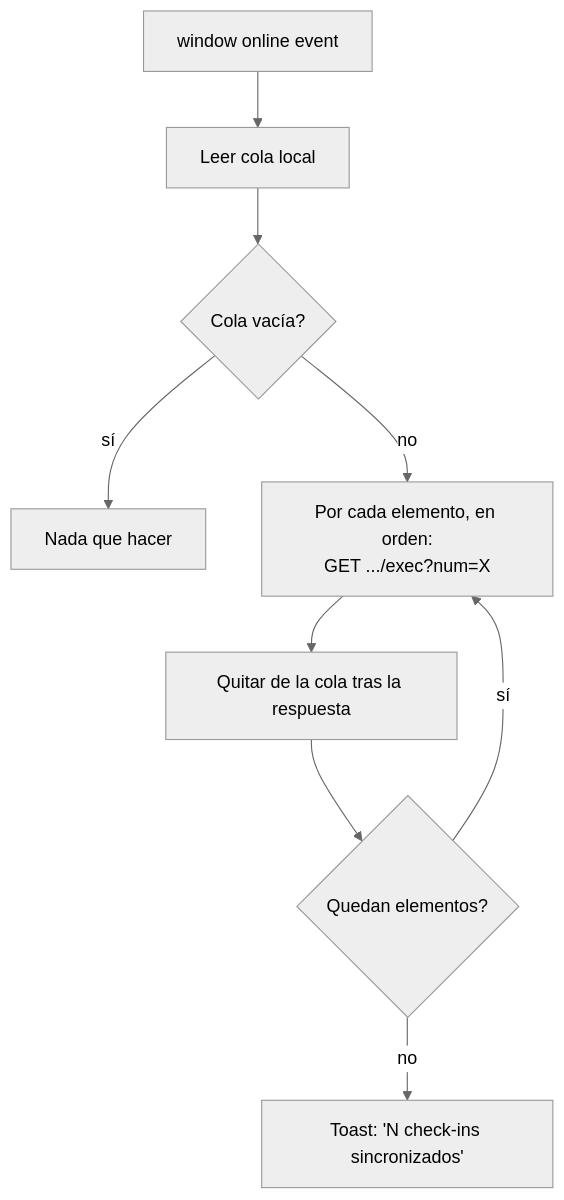
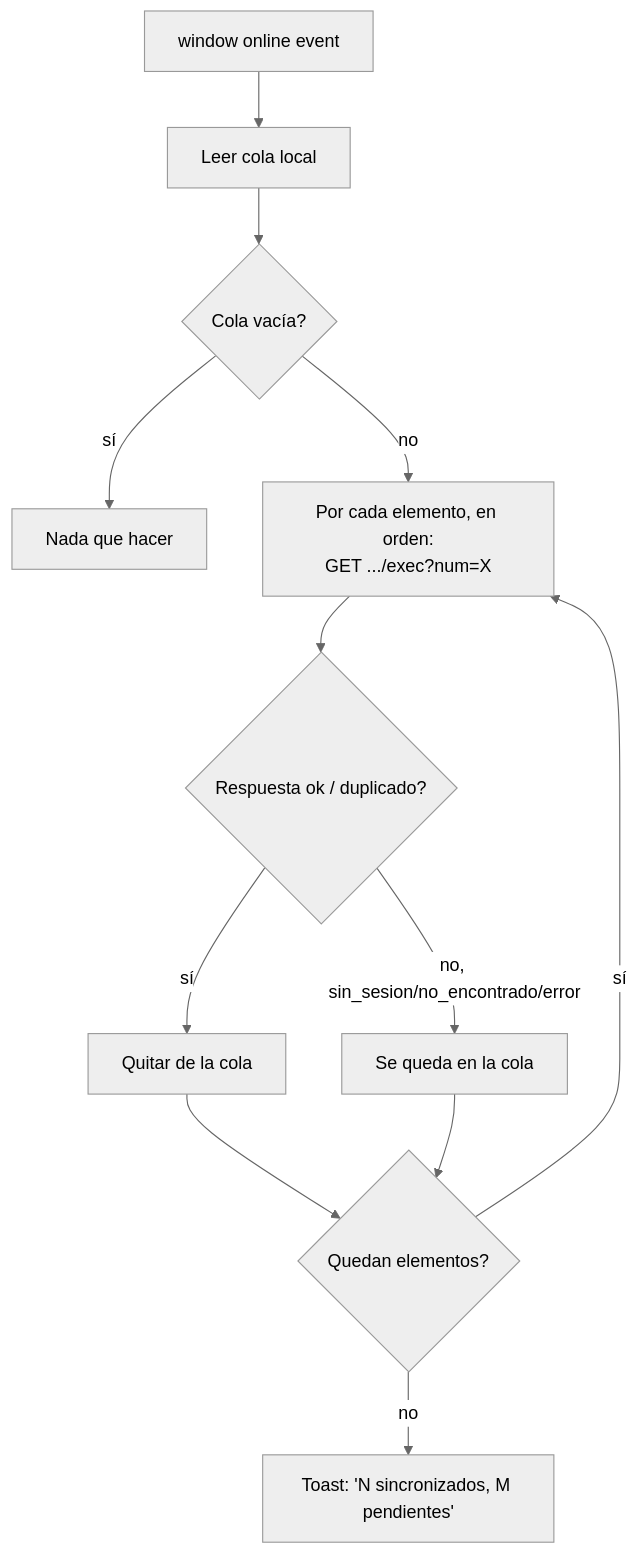
One commit to paulans17/AJ-app changed the second of 4 diagrams in docs/FLOWS.md. Above: the diagram before and after it, drawn with Mermaid (neutral theme). The commit also changed other lines of this file and 16 other files, not shown here.

````diff
--- a/docs/FLOWS.md
+++ b/docs/FLOWS.md
@@ -65,11 +46,14 @@
 ```mermaid
 flowchart TD
     A[window online event] --> B[Leer cola local]
     B --> C{Cola vacía?}
     C -- sí --> Z[Nada que hacer]
     C -- no --> D[Por cada elemento, en orden:<br/>GET .../exec?num=X]
-    D --> E[Quitar de la cola tras la respuesta]
-    E --> F{Quedan elementos?}
-    F -- sí --> D
-    F -- no --> G[Toast: 'N check-ins sincronizados']
+    D --> E{Respuesta ok / duplicado?}
+    E -- sí --> F[Quitar de la cola]
+    E -- no, sin_sesion/no_encontrado/error --> G[Se queda en la cola]
+    F --> H{Quedan elementos?}
+    G --> H
+    H -- sí --> D
+    H -- no --> I[Toast: 'N sincronizados, M pendientes']
 ```
````
